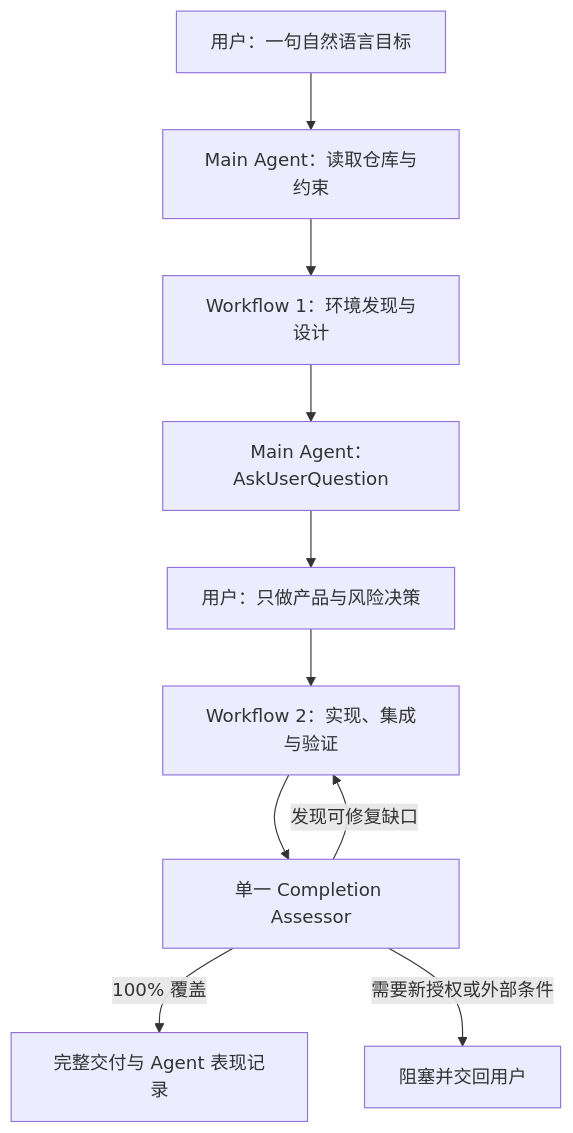
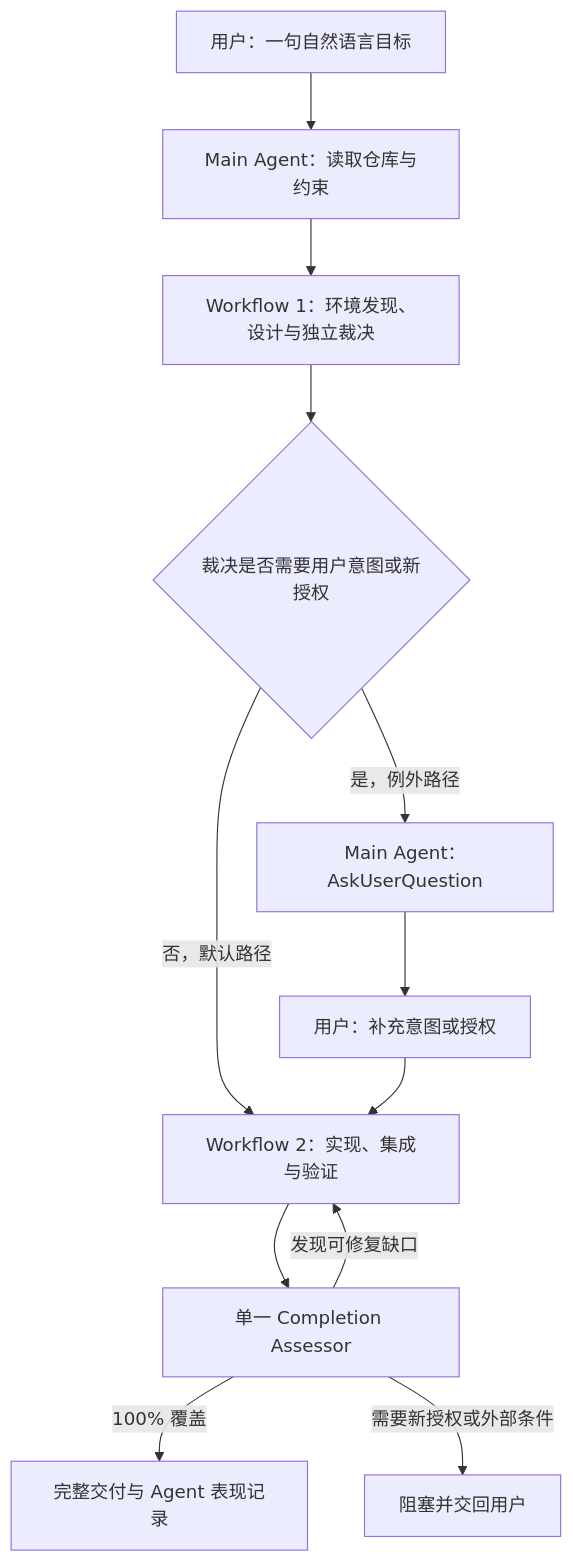
Before and after one commit to KonghaYao/peri-cool: the diagram in src/content/docs/docs/features/ultra-adlc.mdx, drawn with Mermaid. The commit also changed other lines of this file, not shown here.

````diff
--- a/src/content/docs/docs/features/ultra-adlc.mdx
+++ b/src/content/docs/docs/features/ultra-adlc.mdx
@@ -33,12 +36,14 @@
 ```mermaid
 flowchart TD
     U["用户：一句自然语言目标"] --> M["Main Agent：读取仓库与约束"]
-    M --> W1["Workflow 1：环境发现与设计"]
-    W1 --> Q["Main Agent：AskUserQuestion"]
-    Q --> D["用户：只做产品与风险决策"]
-    D --> W2["Workflow 2：实现、集成与验证"]
+    M --> W1["Workflow 1：环境发现、设计与独立裁决"]
+    W1 --> V{"裁决是否需要用户意图或新授权"}
+    V -->|否，默认路径| W2["Workflow 2：实现、集成与验证"]
+    V -->|是，例外路径| Q["Main Agent：AskUserQuestion"]
+    Q --> D["用户：补充意图或授权"]
+    D --> W2
     W2 --> A["单一 Completion Assessor"]
     A -->|发现可修复缺口| W2
     A -->|100% 覆盖| C["完整交付与 Agent 表现记录"]
     A -->|需要新授权或外部条件| B["阻塞并交回用户"]
 ```
````
